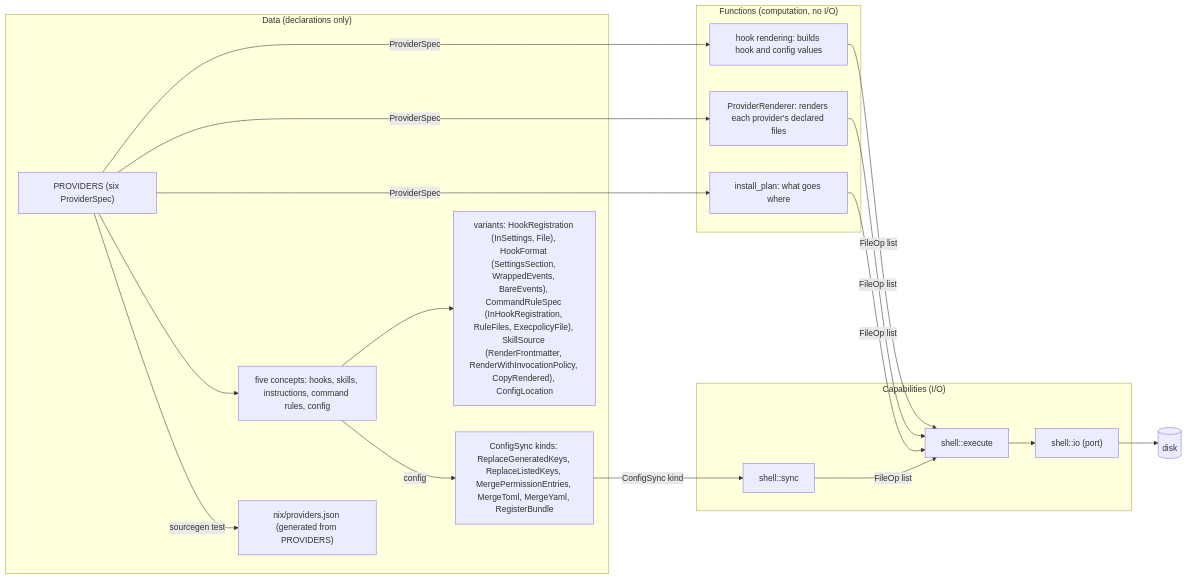
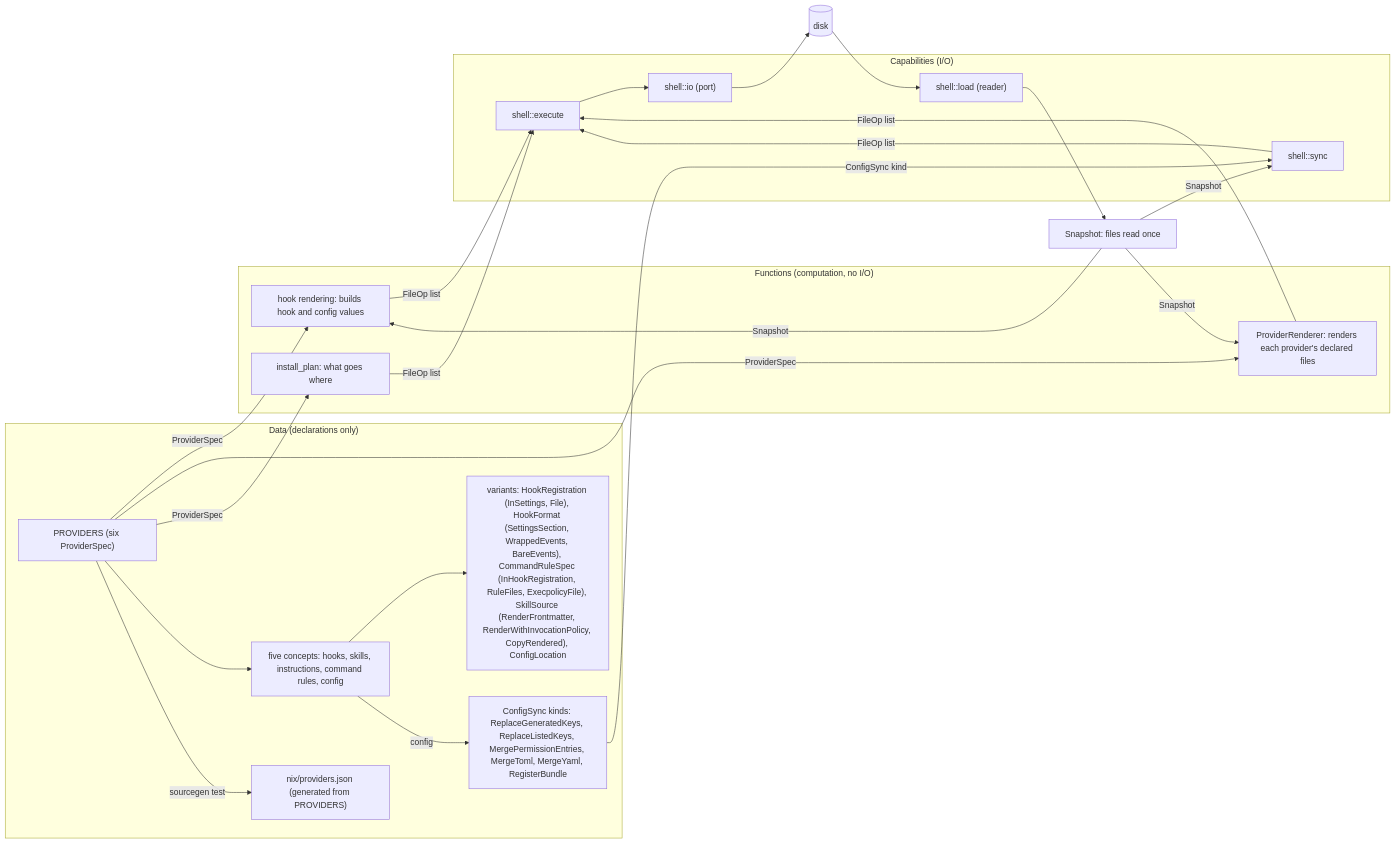
One commit to furedea/agent-harness changed the first of 2 diagrams in docs/DESIGN.md. Above: the diagram before and after it, drawn with Mermaid. The commit also changed other lines of this file and 48 other files, not shown here.

First line of the commit message:
refactor(snapshot): load the source tree once at the boundary and ban reads in computation (#229)

````diff
--- a/docs/DESIGN.md
+++ b/docs/DESIGN.md
@@ -93,35 +93,42 @@
 ```mermaid
 flowchart LR
   subgraph D["Data (declarations only)"]
     SPEC["PROVIDERS (six ProviderSpec)"]
     CONCEPTS["five concepts: hooks, skills, instructions, command rules, config"]
     VARIANTS["variants: HookRegistration (InSettings, File), HookFormat (SettingsSection, WrappedEvents, BareEvents), CommandRuleSpec (InHookRegistration, RuleFiles, ExecpolicyFile), SkillSource (RenderFrontmatter, RenderWithInvocationPolicy, CopyRendered), ConfigLocation"]
     JSON["nix/providers.json (generated from PROVIDERS)"]
     KINDS["ConfigSync kinds: ReplaceGeneratedKeys, ReplaceListedKeys, MergePermissionEntries, MergeToml, MergeYaml, RegisterBundle"]
   end
   subgraph F["Functions (computation, no I/O)"]
     RENDER["hook rendering: builds hook and config values"]
     RENDERER["ProviderRenderer: renders each provider's declared files"]
     PLAN["install_plan: what goes where"]
   end
   subgraph C["Capabilities (I/O)"]
     EXEC["shell::execute"]
     FS["shell::io (port)"]
+    LOAD["shell::load (reader)"]
     SYNC["shell::sync"]
   end
+  SNAP["Snapshot: files read once"]
   DISK[("disk")]
   SPEC -- "ProviderSpec" --> RENDER
   SPEC -- "ProviderSpec" --> RENDERER
   SPEC -- "ProviderSpec" --> PLAN
   SPEC --> CONCEPTS
   CONCEPTS --> VARIANTS
   CONCEPTS -- "config" --> KINDS
   SPEC -- "sourcegen test" --> JSON
   KINDS -- "ConfigSync kind" --> SYNC
   RENDER -- "FileOp list" --> EXEC
   RENDERER -- "FileOp list" --> EXEC
   PLAN -- "FileOp list" --> EXEC
   SYNC -- "FileOp list" --> EXEC
   EXEC --> FS
   FS --> DISK
+  DISK --> LOAD
+  LOAD --> SNAP
+  SNAP -- "Snapshot" --> RENDER
+  SNAP -- "Snapshot" --> RENDERER
+  SNAP -- "Snapshot" --> SYNC
 ```
````
